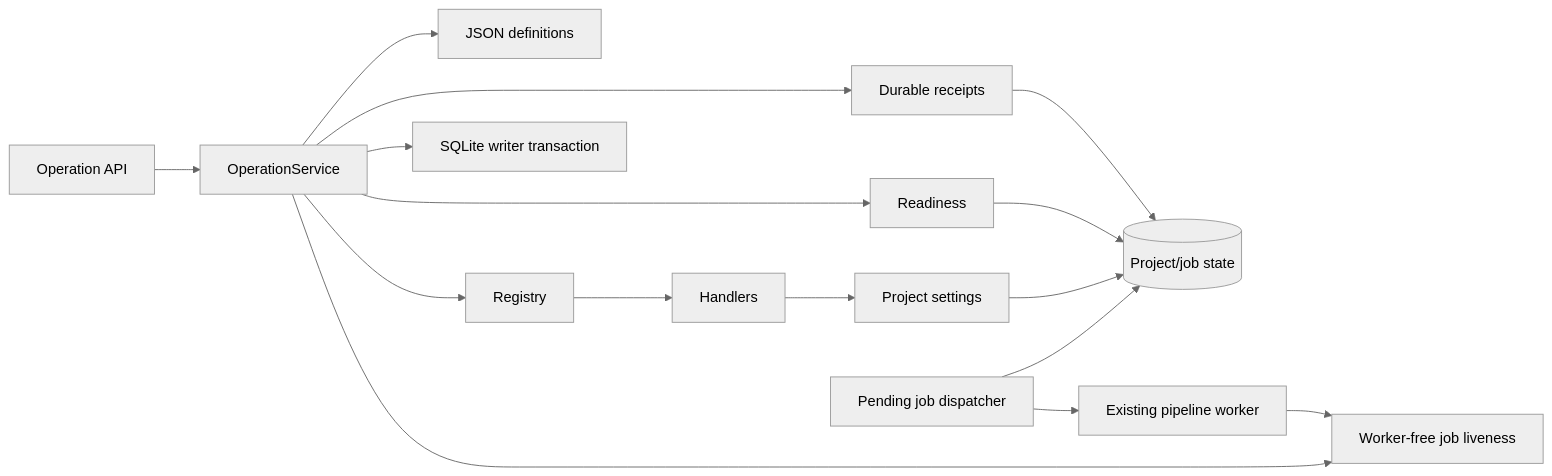
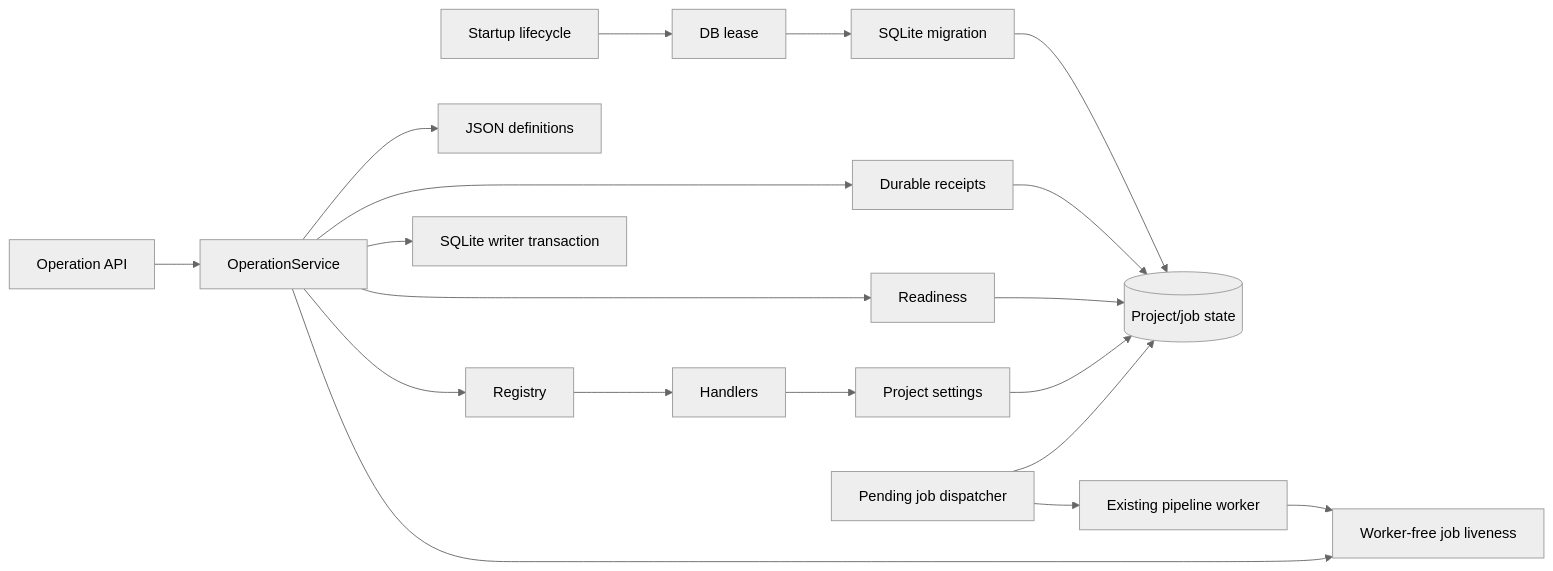
One commit to FidesTherese/blockvideo-upgrade-project changed the diagram in docs/modules/operation-core.md. Above: the diagram before and after it, drawn with Mermaid (neutral theme). The commit also changed other lines of this file and 6 other files, not shown here.

Commit message:
[DONE] Mission 34 Add explicit SQLite migration and rollback safety

````diff
--- a/docs/modules/operation-core.md
+++ b/docs/modules/operation-core.md
@@ -16,18 +16,21 @@
 ```mermaid
 flowchart LR
   API[Operation API] --> Core[OperationService]
+  Startup[Startup lifecycle] --> Lease[DB lease]
+  Lease --> Migration[SQLite migration]
+  Migration --> ORM
   Core --> Catalog[JSON definitions]
   Core --> Receipt[Durable receipts]
   Core --> Txn[SQLite writer transaction]
   Core --> Ready[Readiness]
   Core --> Registry[Registry]
   Core --> Live[Worker-free job liveness]
   Registry --> Handler[Handlers]
   Handler --> Settings[Project settings]
   Ready --> ORM[(Project/job state)]
   Settings --> ORM
   Receipt --> ORM
   Dispatcher[Pending job dispatcher] --> ORM
   Dispatcher --> Worker[Existing pipeline worker]
   Worker --> Live
 ```
````
